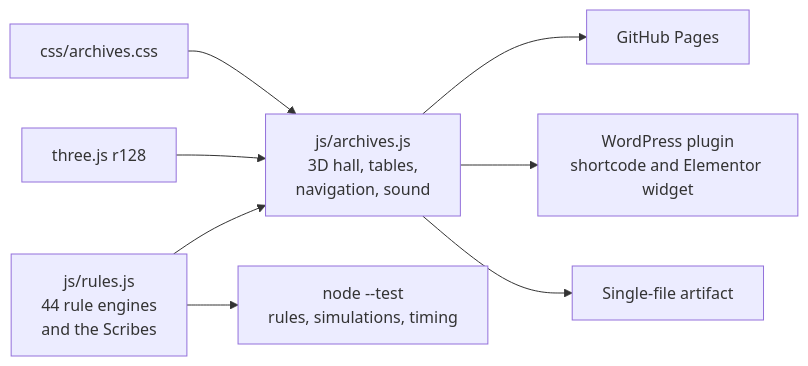
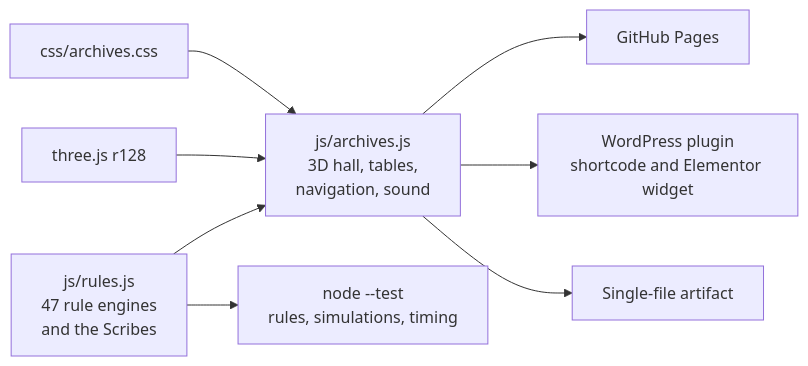
Before and after one commit to CptNope/Librarium-Archives: the second of 2 diagrams in README.md, drawn with Mermaid. The commit also changed other lines of this file and 15 other files, not shown here.

````diff
--- a/README.md
+++ b/README.md
@@ -41,10 +41,10 @@
 ```mermaid
 flowchart LR
-    rules["js/rules.js<br/>44 rule engines<br/>and the Scribes"] --> hall["js/archives.js<br/>3D hall, tables,<br/>navigation, sound"]
+    rules["js/rules.js<br/>47 rule engines<br/>and the Scribes"] --> hall["js/archives.js<br/>3D hall, tables,<br/>navigation, sound"]
     three["three.js r128"] --> hall
     css["css/archives.css"] --> hall
     hall --> site["GitHub Pages"]
     hall --> plugin["WordPress plugin<br/>shortcode and Elementor widget"]
     hall --> artifact["Single-file artifact"]
     rules --> tests["node --test<br/>rules, simulations, timing"]
 ```
````
